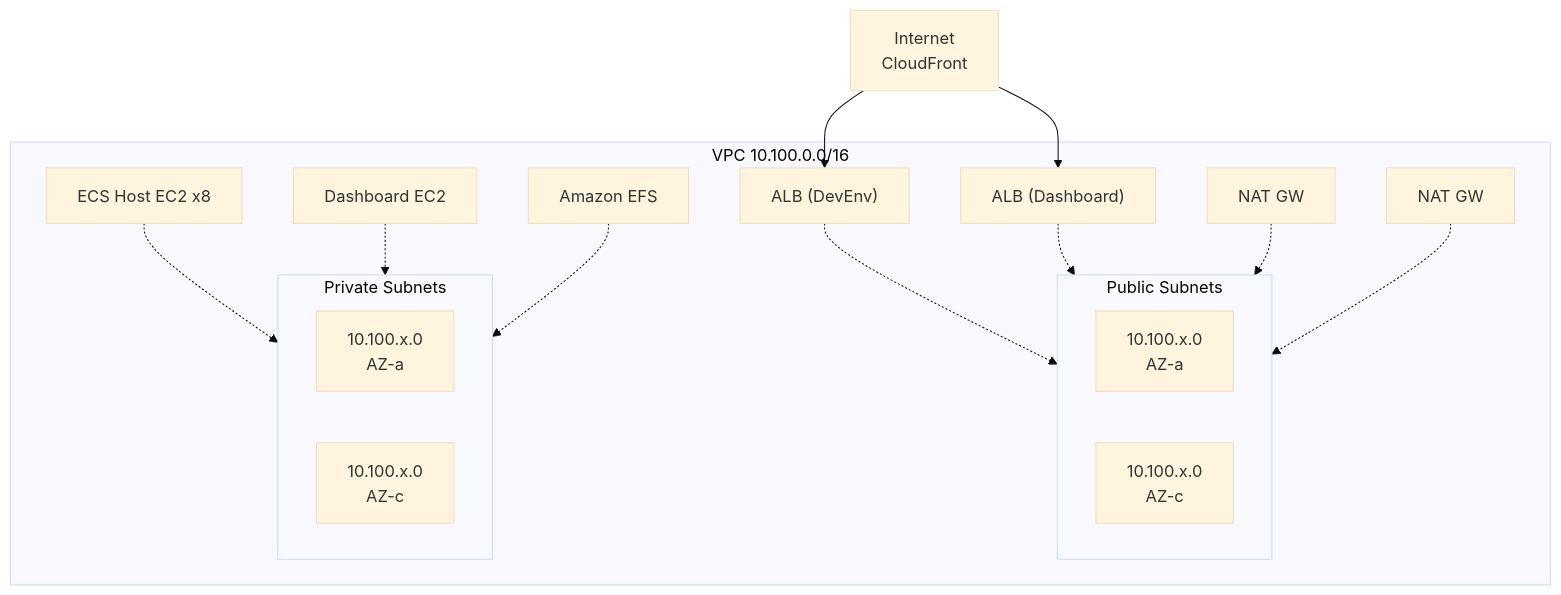
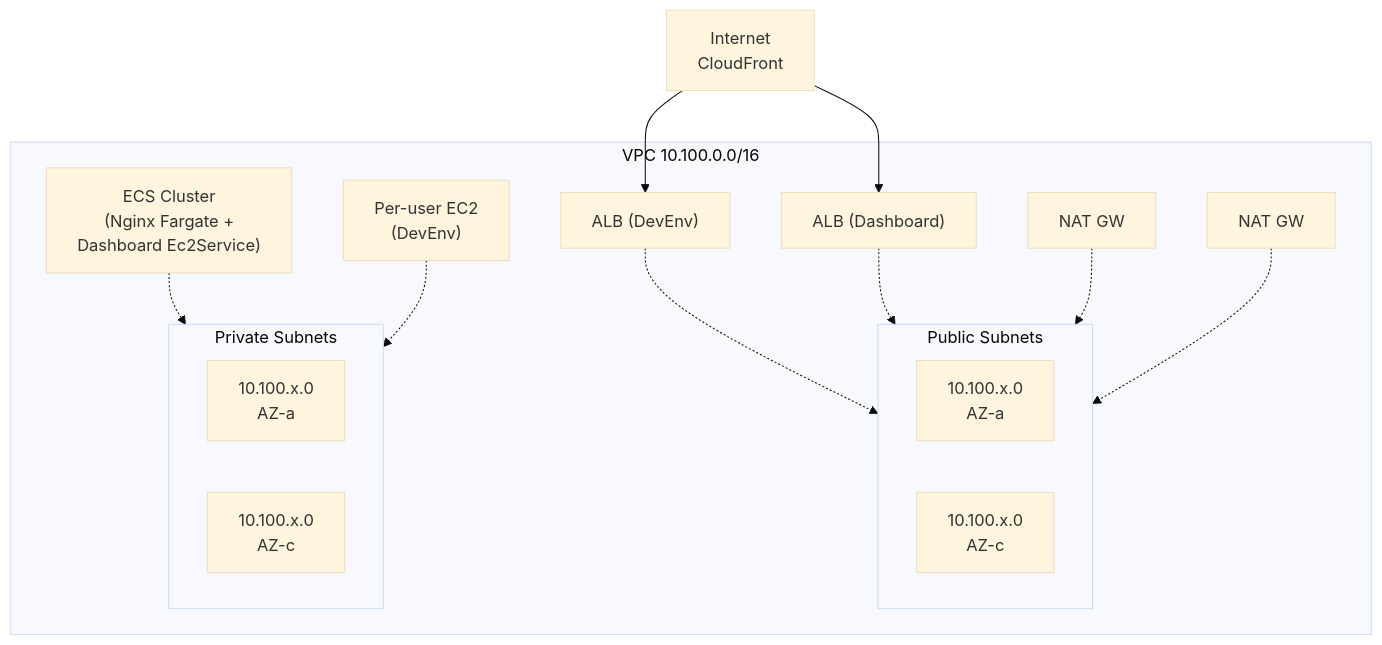
The fifth of 7 diagrams in docs/architecture.md (Atom-oh/cc-on-bedrock), drawn with Mermaid (base theme) before and after one commit. The commit also changed other lines of this file and 99 other files, not shown here.

````diff
--- a/docs/architecture.md
+++ b/docs/architecture.md
@@ -187,38 +201,35 @@
 ```mermaid
 graph TB
     subgraph VPC["VPC 10.100.0.0/16"]
         subgraph PubSub["Public Subnets"]
             direction LR
             PS_A["10.100.x.0<br/>AZ-a"]
             PS_C["10.100.x.0<br/>AZ-c"]
         end
 
         subgraph PriSub["Private Subnets"]
             direction LR
             PR_A["10.100.x.0<br/>AZ-a"]
             PR_C["10.100.x.0<br/>AZ-c"]
         end
 
         ALB1["ALB (DevEnv)"]
         ALB2["ALB (Dashboard)"]
         NAT1["NAT GW"]
         NAT2["NAT GW"]
 
-        ECS_EC2["ECS Host EC2 x8"]
-        Dash_EC2["Dashboard EC2"]
-
-        EFS_FS["Amazon EFS"]
+        ECS_EC2["ECS Cluster<br/>(Nginx Fargate +<br/>Dashboard Ec2Service)"]
+        DevEnv_EC2["Per-user EC2<br/>(DevEnv)"]
 
         ALB1 -.-> PS_A
         ALB2 -.-> PS_A
         NAT1 -.-> PS_A
         NAT2 -.-> PS_C
 
         ECS_EC2 -.-> PR_A
-        Dash_EC2 -.-> PR_A
-        EFS_FS -.-> PR_A
+        DevEnv_EC2 -.-> PR_A
     end
 
     Internet["Internet<br/>CloudFront"] --> ALB1
     Internet --> ALB2
 ```
````
